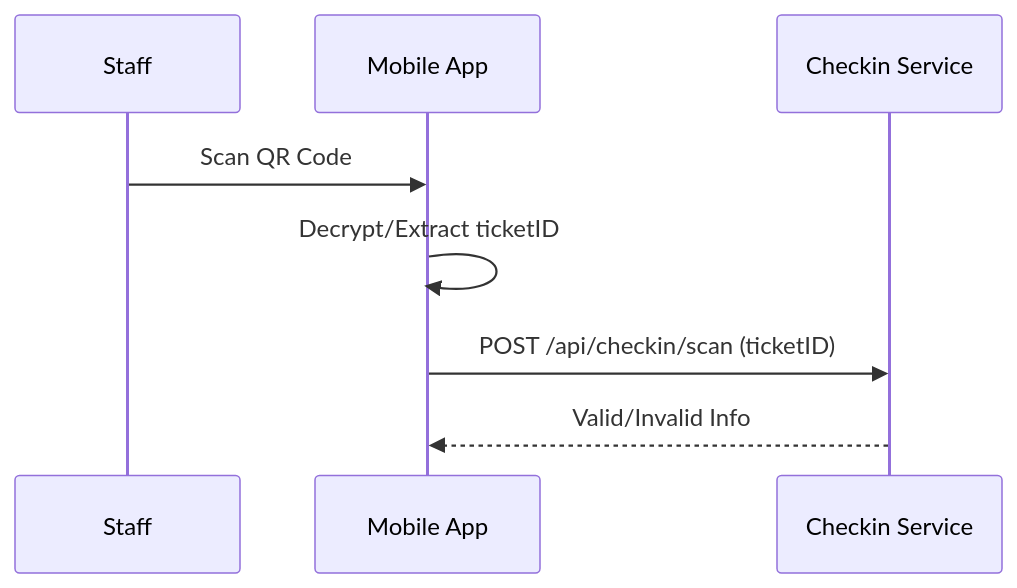
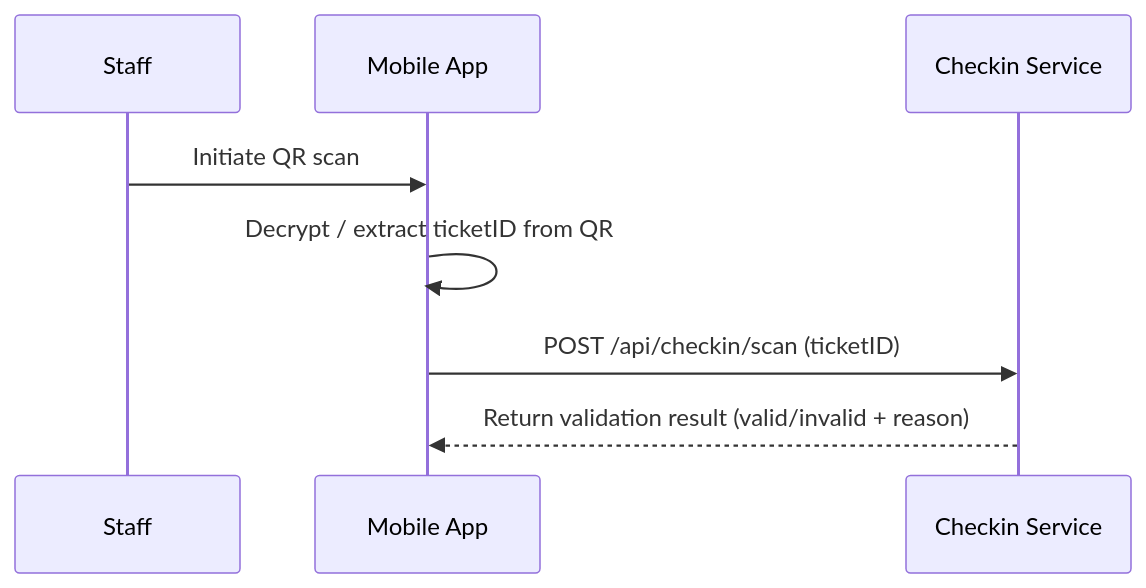
One commit to SDN-Group5/Event-Ticketing-Platform changed diagram 22 of 28 in doc/UML/Phuoc_PaymentCheckin.md. Above: the diagram before and after it, drawn with Mermaid. The commit also changed other lines of this file and 19 other files, not shown here.

````diff
--- a/doc/UML/Phuoc_PaymentCheckin.md
+++ b/doc/UML/Phuoc_PaymentCheckin.md
@@ -315,10 +333,10 @@
 ```mermaid
 sequenceDiagram
     participant S as Staff
     participant M as Mobile App
     participant C as Checkin Service
-    S->>M: Scan QR Code
-    M->>M: Decrypt/Extract ticketID
+    S->>M: Initiate QR scan
+    M->>M: Decrypt / extract ticketID from QR
     M->>C: POST /api/checkin/scan (ticketID)
-    C-->>M: Valid/Invalid Info
+    C-->>M: Return validation result (valid/invalid + reason)
 ```
````
